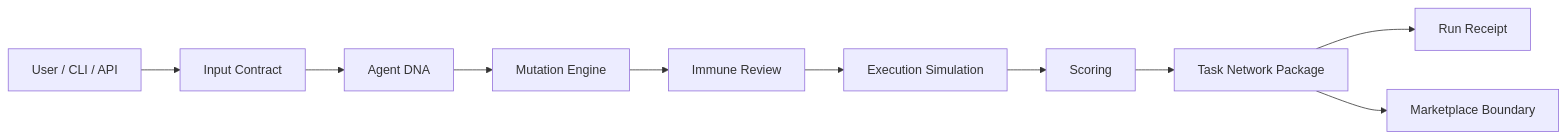
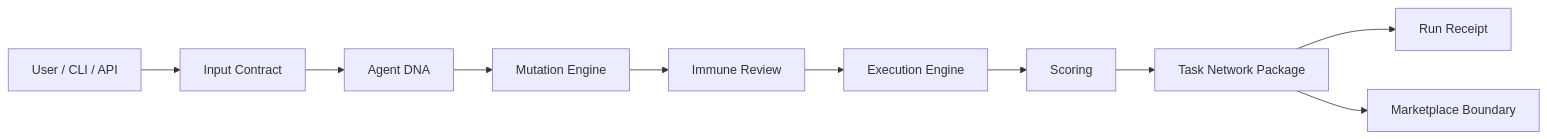
Before and after one commit to mmenicah84/virus-protocol: the first of 3 diagrams in README.md, drawn with Mermaid. The commit also changed other lines of this file and 5 other files, not shown here.

````diff
--- a/README.md
+++ b/README.md
@@ -153,12 +153,12 @@
 ```mermaid
 flowchart LR
   User["User / CLI / API"] --> Contract["Input Contract"]
   Contract --> DNA["Agent DNA"]
   DNA --> Mutation["Mutation Engine"]
   Mutation --> Immunity["Immune Review"]
-  Immunity --> Execution["Execution Simulation"]
+  Immunity --> Execution["Execution Engine"]
   Execution --> Scoring["Scoring"]
   Scoring --> Package["Task Network Package"]
   Package --> Receipt["Run Receipt"]
   Package --> Marketplace["Marketplace Boundary"]
 ```
````
